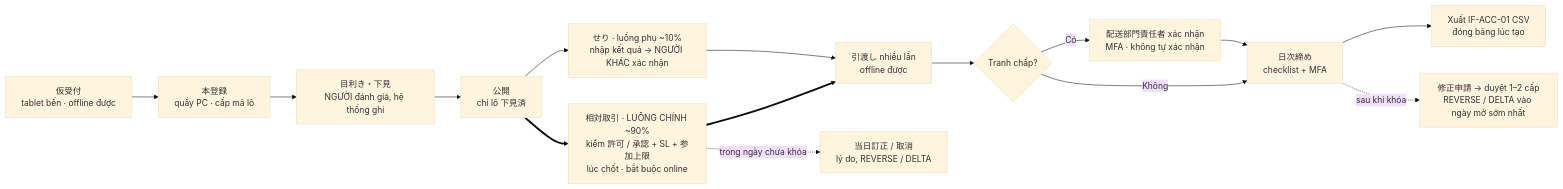
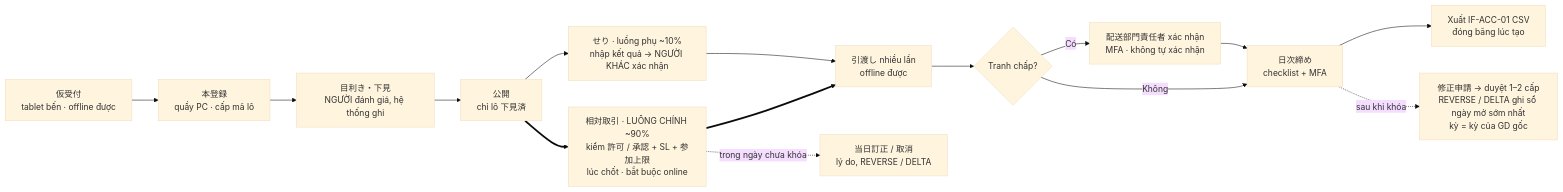
One commit to phuongnnm-23344/lab-wholesale-market changed the second of 5 diagrams in architecture/ARCHITECTURE.md. Above: the diagram before and after it, drawn with Mermaid (base theme). The commit also changed other lines of this file and 13 other files, not shown here.

First line of the commit message:
docs(lab-4): align PREMISE, architecture and ADRs with Gate 1 review

````diff
--- a/architecture/ARCHITECTURE.md
+++ b/architecture/ARCHITECTURE.md
@@ -139,17 +140,17 @@
 ```mermaid
 flowchart LR
   A["仮受付<br/>tablet bến · offline được"] --> B["本登録<br/>quầy PC · cấp mã lô"]
   B --> C["目利き・下見<br/>NGƯỜI đánh giá, hệ thống ghi"]
   C --> D["公開<br/>chỉ lô 下見済"]
   D ==> E["相対取引 · LUỒNG CHÍNH ~90%<br/>kiểm 許可 / 承認 + SL + 参加上限<br/>lúc chốt · bắt buộc online"]
   D --> F["せり · luồng phụ ~10%<br/>nhập kết quả → NGƯỜI KHÁC xác nhận"]
   E ==> G["引渡し nhiều lần<br/>offline được"]
   F --> G
   G --> H{"Tranh chấp?"}
   H -- "Không" --> I["日次締め<br/>checklist + MFA"]
   H -- "Có" --> J["配送部門責任者 xác nhận<br/>MFA · không tự xác nhận"]
   J --> I
   E -. "trong ngày chưa khóa" .-> K["当日訂正 / 取消<br/>lý do, REVERSE / DELTA"]
   I --> L["Xuất IF-ACC-01 CSV<br/>đóng băng lúc tạo"]
-  I -. "sau khi khóa" .-> M["修正申請 → duyệt 1–2 cấp<br/>REVERSE / DELTA vào ngày mở sớm nhất"]
+  I -. "sau khi khóa" .-> M["修正申請 → duyệt 1–2 cấp<br/>REVERSE / DELTA ghi sổ ngày mở sớm nhất<br/>kỳ = kỳ của GD gốc"]
 ```
````
